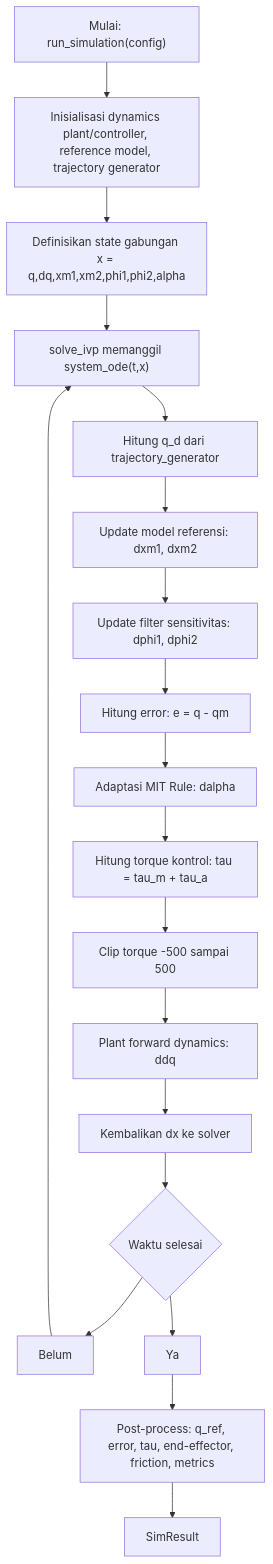
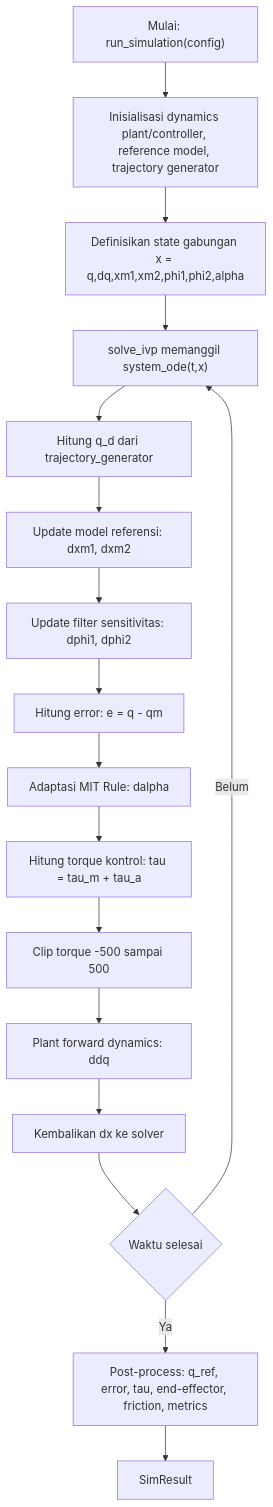
The diagram in README.md (herian-22/MRAC-Simulation-2dof), drawn with Mermaid before and after one commit.

Commit message:
docs: simplify Mermaid flowchart decision node using native edge labels
Agent-Logs-Url: https://github.com/herian-22/MRAC-Simulation-2dof/sessions/1ea96792-81da-4dab-b271-d5858367e615

````diff
--- a/README.md
+++ b/README.md
@@ -150,21 +150,19 @@
 ```mermaid
 flowchart TD
     A["Mulai: run_simulation(config)"] --> B["Inisialisasi dynamics plant/controller, reference model, trajectory generator"]
     B --> C["Definisikan state gabungan x = q,dq,xm1,xm2,phi1,phi2,alpha"]
     C --> D["solve_ivp memanggil system_ode(t,x)"]
     D --> E["Hitung q_d dari trajectory_generator"]
     E --> F["Update model referensi: dxm1, dxm2"]
     F --> G["Update filter sensitivitas: dphi1, dphi2"]
     G --> H["Hitung error: e = q - qm"]
     H --> I["Adaptasi MIT Rule: dalpha"]
     I --> J["Hitung torque kontrol: tau = tau_m + tau_a"]
     J --> K["Clip torque -500 sampai 500"]
     K --> L["Plant forward dynamics: ddq"]
     L --> M["Kembalikan dx ke solver"]
     M --> N{"Waktu selesai"}
-    N --> NB["Belum"]
-    N --> NY["Ya"]
-    NB --> D
-    NY --> O["Post-process: q_ref, error, tau, end-effector, friction, metrics"]
+    N -- Belum --> D
+    N -- Ya --> O["Post-process: q_ref, error, tau, end-effector, friction, metrics"]
     O --> P["SimResult"]
 ```
````
